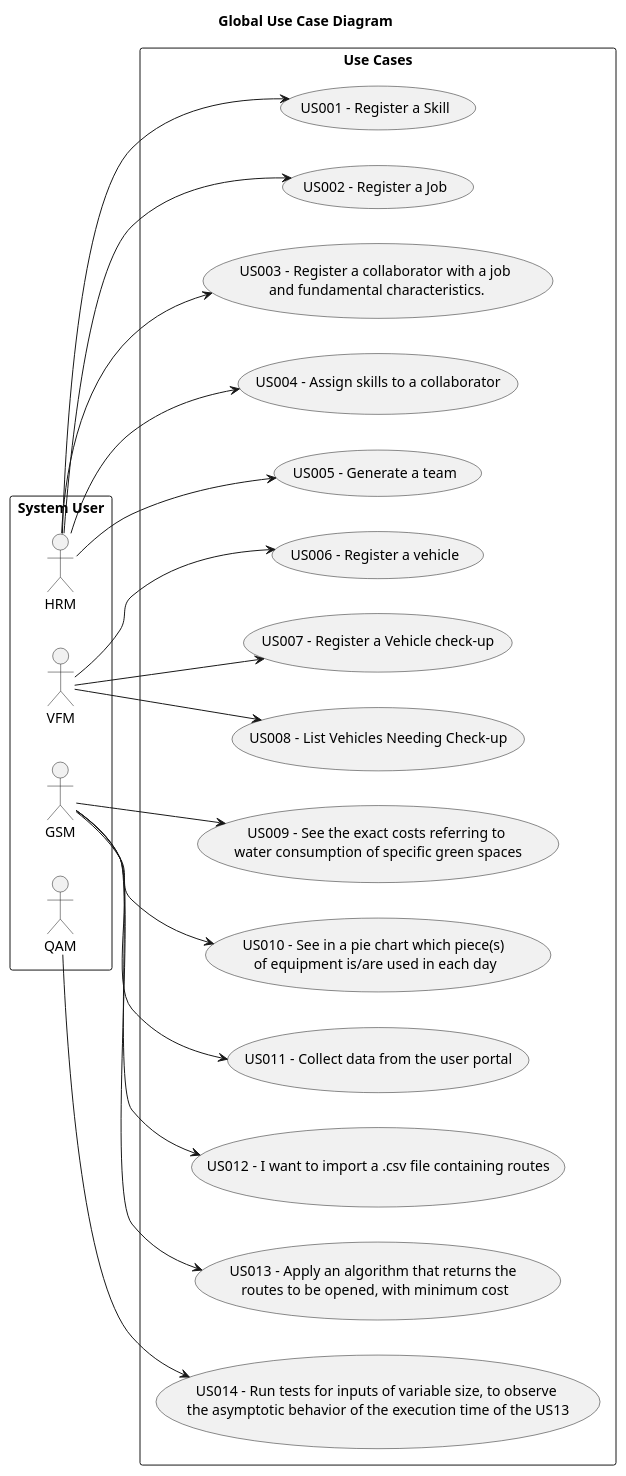
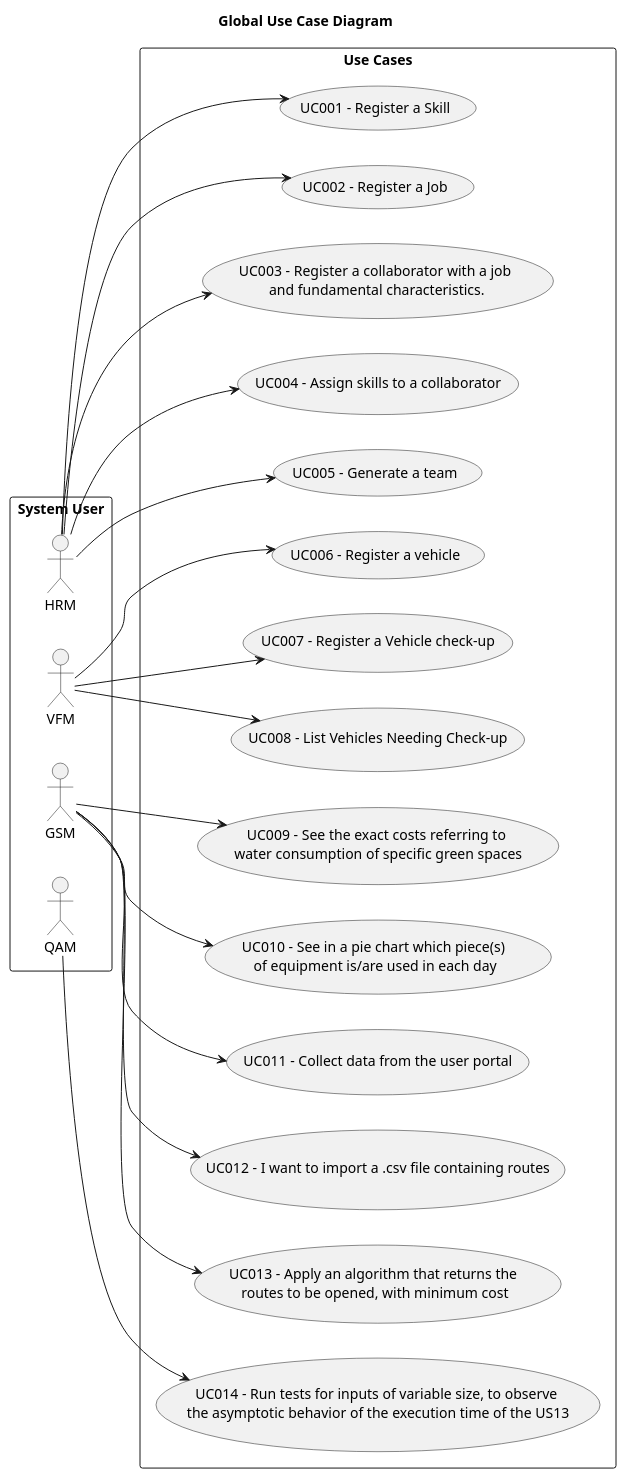
One commit to ricardomm7/leaflink changed the diagram in docs/sprintB/global-artifacts/01.requirements-engineering/puml/use-case-diagram.puml. Above: the diagram before and after it, drawn with PlantUML. The commit also changed 6 other files, not shown here.

```diff
--- a/docs/sprintB/global-artifacts/01.requirements-engineering/puml/use-case-diagram.puml
+++ b/docs/sprintB/global-artifacts/01.requirements-engineering/puml/use-case-diagram.puml
@@ -1,82 +1,82 @@
 @startuml
 skinparam monochrome true
 skinparam packageStyle rectangle
 skinparam shadowing false
 
 title Global Use Case Diagram
 
 left to right direction
 
 rectangle "System User" as actors {
     actor HRM
     actor VFM
     actor GSM
     actor QAM
 }
 
 rectangle "Use Cases" as usecases{
-    usecase "US001 - Register a Skill" as US001
-    HRM --> US001
+    usecase "UC001 - Register a Skill" as UC001
+    HRM --> UC001
 }
 
 rectangle "Use Cases" as usecases{
-    usecase "US002 - Register a Job" as US002
-    HRM --> US002
+    usecase "UC002 - Register a Job" as UC002
+    HRM --> UC002
 }
 
 rectangle "Use Cases" as usecases{
-    usecase "US003 - Register a collaborator with a job\n and fundamental characteristics." as US003
-    HRM --> US003
+    usecase "UC003 - Register a collaborator with a job\n and fundamental characteristics." as UC003
+    HRM --> UC003
 }
 
 rectangle "Use Cases" as usecases{
-    usecase "US004 - Assign skills to a collaborator" as US004
-    HRM --> US004
+    usecase "UC004 - Assign skills to a collaborator" as UC004
+    HRM --> UC004
 }
 
 rectangle "Use Cases" as usecases{
-    usecase "US005 - Generate a team" as US005
-    HRM --> US005
+    usecase "UC005 - Generate a team" as UC005
+    HRM --> UC005
 }
 
 rectangle "Use Cases" as usecases{
-    usecase "US006 - Register a vehicle" as US006
-    VFM --> US006
+    usecase "UC006 - Register a vehicle" as UC006
+    VFM --> UC006
 }
 
 rectangle "Use Cases" as usecases{
-    usecase "US007 - Register a Vehicle check-up" as US007
-    VFM --> US007
+    usecase "UC007 - Register a Vehicle check-up" as UC007
+    VFM --> UC007
 }
 
 rectangle "Use Cases" as usecases{
-    usecase "US008 - List Vehicles Needing Check-up" as US008
-    VFM --> US008
+    usecase "UC008 - List Vehicles Needing Check-up" as UC008
+    VFM --> UC008
 }
 
 rectangle "Use Cases" as usecases{
-    usecase "US009 - See the exact costs referring to \nwater consumption of specific green spaces" as US009
-    GSM --> US009
+    usecase "UC009 - See the exact costs referring to \nwater consumption of specific green spaces" as UC009
+    GSM --> UC009
 }
 
 rectangle "Use Cases" as usecases{
-    usecase "US010 - See in a pie chart which piece(s) \nof equipment is/are used in each day" as US010
-    GSM --> US010
+    usecase "UC010 - See in a pie chart which piece(s) \nof equipment is/are used in each day" as UC010
+    GSM --> UC010
 }
 rectangle "Use Cases" as usecases{
-    usecase "US011 - Collect data from the user portal" as US011
-    GSM --> US011
+    usecase "UC011 - Collect data from the user portal" as UC011
+    GSM --> UC011
 }
 rectangle "Use Cases" as usecases{
-    usecase "US012 - I want to import a .csv file containing routes" as US012
-    GSM --> US012
+    usecase "UC012 - I want to import a .csv file containing routes" as UC012
+    GSM --> UC012
 }
 rectangle "Use Cases" as usecases{
-    usecase "US013 - Apply an algorithm that returns the \nroutes to be opened, with minimum cost" as US013
-    GSM --> US013
+    usecase "UC013 - Apply an algorithm that returns the \nroutes to be opened, with minimum cost" as UC013
+    GSM --> UC013
 }
 rectangle "Use Cases" as usecases{
-    usecase "US014 - Run tests for inputs of variable size, to observe \nthe asymptotic behavior of the execution time of the US13" as US014
-    QAM --> US014
+    usecase "UC014 - Run tests for inputs of variable size, to observe \nthe asymptotic behavior of the execution time of the US13" as UC014
+    QAM --> UC014
 }
 @enduml
```
